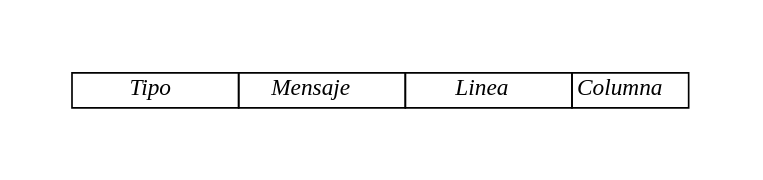
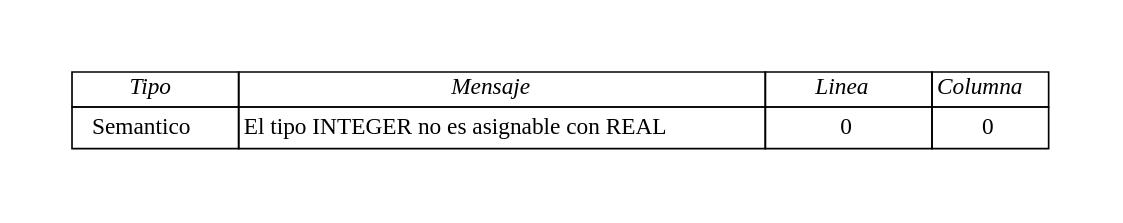
The diagram in bin/Debug/netcoreapp3.1/error_semantico.dot (elJuanjoRamos/-OLC2-Compi-Pascal-), drawn with Graphviz before and after one commit. The commit also changed 39 other files, not shown here.

```diff
--- a/bin/Debug/netcoreapp3.1/error_semantico.dot
+++ b/bin/Debug/netcoreapp3.1/error_semantico.dot
@@ -1,12 +1,17 @@
 digraph G{
 graph [pad="0.5", nodesep="0.5", ranksep="2"]
 node[shape = plain]
 rankdir = LR;
 Baz [label=<
 <table border="0" cellborder="1" cellspacing="0"><tr>
 <td width='100'><i>Tipo</i></td>
 <td width='100'><i>Mensaje</i></td>
 <td width='100'><i>Linea</i></td>
 <td><i width='100'>Columna</i></td> </tr>
-
+<tr>
+<td height='25'>Semantico</td>
+<td height='25'>El tipo INTEGER no es asignable con REAL</td>
+<td height='25'>0</td>
+<td height='25'>0</td>
+</tr>
 </table>>];}
```
